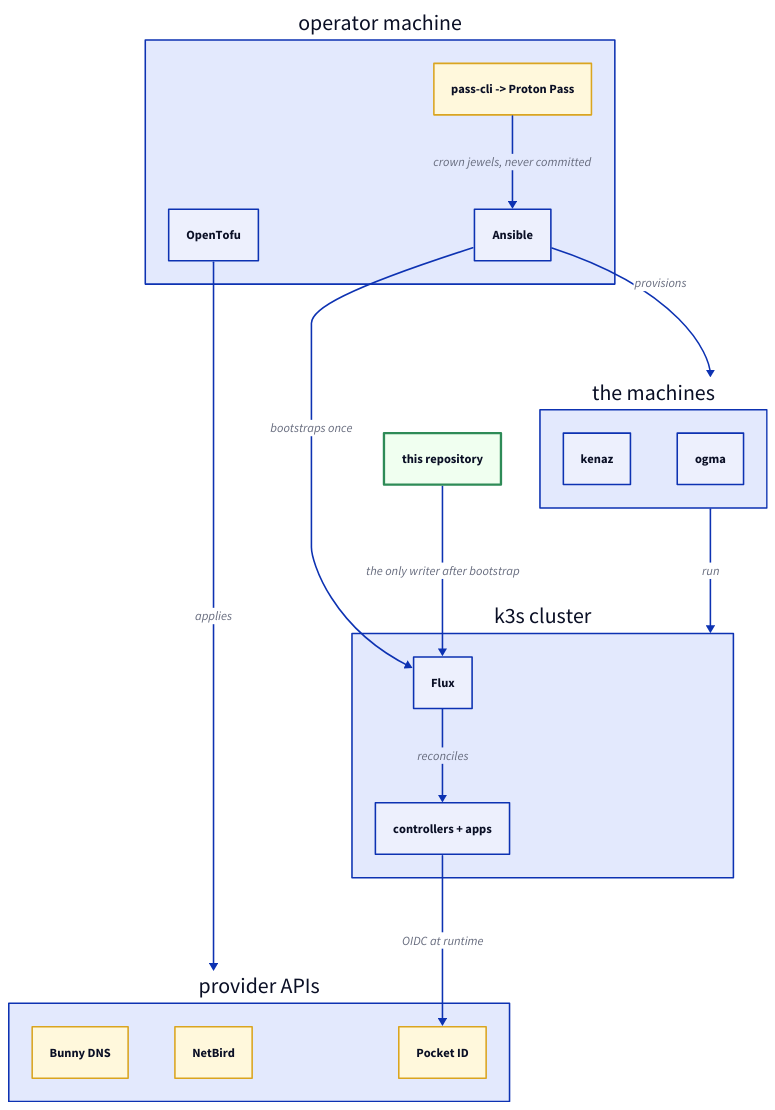
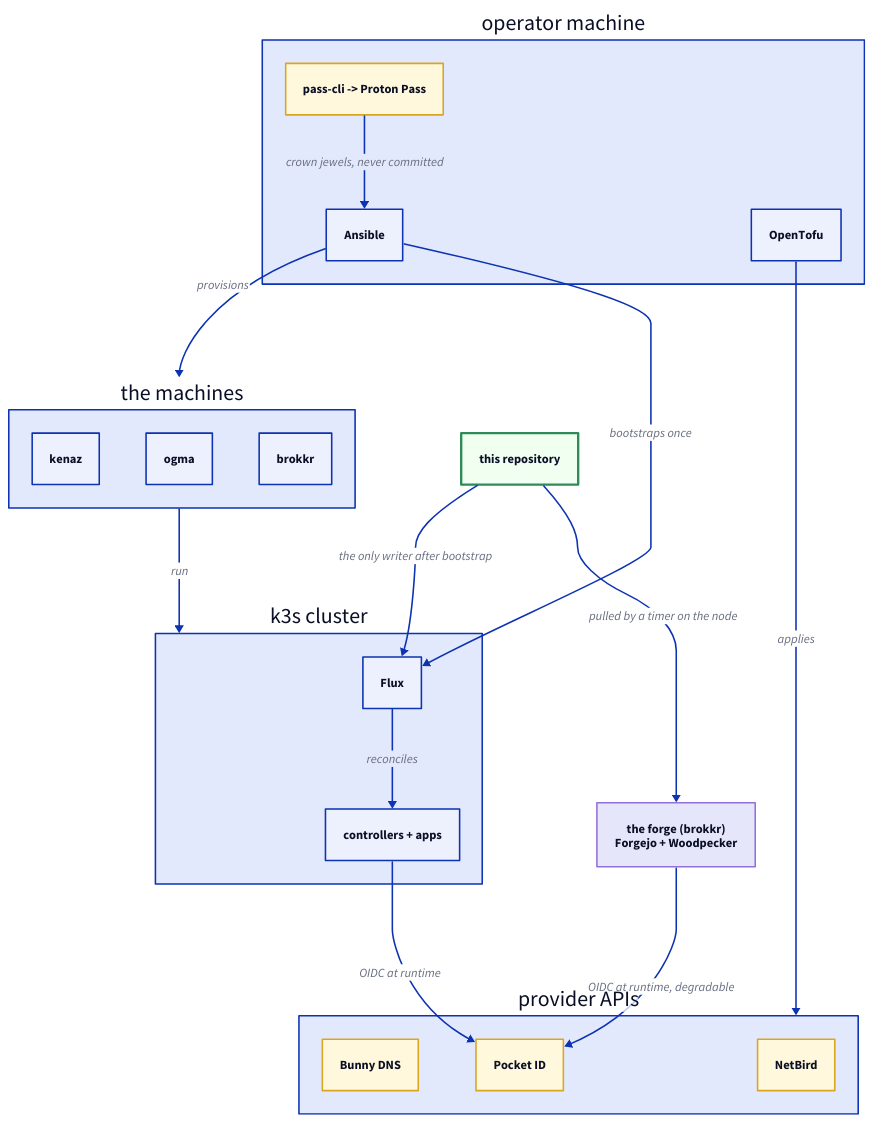
One commit to brewcoua/futhark changed the diagram in docs/src/index.md. Above: the diagram before and after it, drawn with D2. The commit also changed other lines of this file and 70 other files, not shown here.

First line of the commit message:
feat(brokkr): add standalone podman forge node

````diff
--- a/docs/src/index.md
+++ b/docs/src/index.md
@@ -20,53 +22,64 @@
 ```d2
 direction: down
 
 classes: {
   boundary: {
     style: {
       stroke-width: 3
       stroke: seagreen
       fill: honeydew
     }
   }
   external: {
     style: {
       stroke: goldenrod
       fill: cornsilk
     }
   }
+  secondary: {
+    style: {
+      stroke: mediumpurple
+      fill: lavender
+    }
+  }
 }
 
 operator: operator machine {
   ansible: Ansible
   tofu: OpenTofu
   pass: pass-cli -> Proton Pass { class: external }
 }
 
 hosts: the machines {
   kenaz
   ogma
+  brokkr
 }
 
 cluster: k3s cluster {
   flux: Flux
   workloads: controllers + apps
   flux -> workloads: reconciles
 }
 
 git: this repository { class: boundary }
+
+forge: "the forge (brokkr)\nForgejo + Woodpecker" { class: secondary }
 
 cloud: provider APIs {
   bunny: Bunny DNS { class: external }
   netbird: NetBird { class: external }
   pocketid: Pocket ID { class: external }
 }
 
 operator.ansible -> hosts: provisions
 operator.ansible -> cluster.flux: bootstraps once
 operator.tofu -> cloud: applies
 operator.pass -> operator.ansible: crown jewels, never committed
 
 git -> cluster.flux: the only writer after bootstrap
+git -> forge: pulled by a timer on the node
 hosts -> cluster: run
 cluster.workloads -> cloud.pocketid: OIDC at runtime
+forge -> cloud.pocketid: OIDC at runtime, degradable
 ```
````
